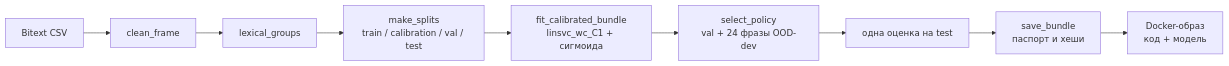
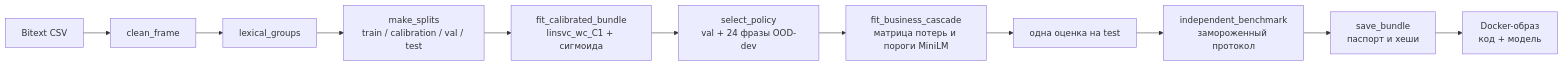
One commit to SetAblaze/support-ticket-router changed the fourth of 4 diagrams in docs/architecture.md. Above: the diagram before and after it, drawn with Mermaid. The commit also changed other lines of this file and 36 other files, not shown here.

First line of the commit message:
Add independent benchmark and cost-sensitive routing audit fixes

````diff
--- a/docs/architecture.md
+++ b/docs/architecture.md
@@ -103,9 +106,11 @@
 ```mermaid
 flowchart LR
     RAW["Bitext CSV"] --> CL["clean_frame"] --> GR["lexical_groups"] --> SP["make_splits<br/>train / calibration / val / test"]
     SP --> FIT["fit_calibrated_bundle<br/>linsvc_wc_C1 + сигмоида"]
     FIT --> POL["select_policy<br/>val + 24 фразы OOD-dev"]
-    POL --> TEST["одна оценка на test"]
-    TEST --> SAVE["save_bundle<br/>паспорт и хеши"]
+    POL --> CASC["fit_business_cascade<br/>матрица потерь и пороги MiniLM"]
+    CASC --> TEST["одна оценка на test"]
+    TEST --> INDEP["independent_benchmark<br/>замороженный протокол"]
+    INDEP --> SAVE["save_bundle<br/>паспорт и хеши"]
     SAVE --> IMG["Docker-образ<br/>код + модель"]
 ```
````
